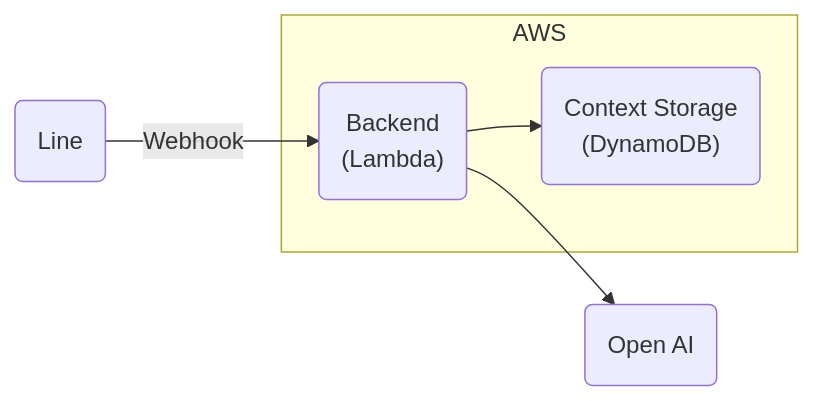
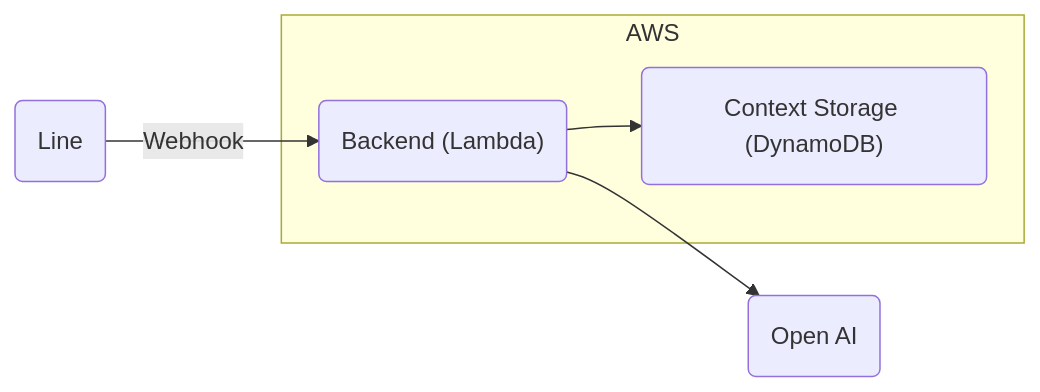
The diagram in README.md (YushiOMOTE/buddy), drawn with Mermaid before and after one commit. The commit also changed other lines of this file, not shown here.

Commit message:
Revise readme

````diff
--- a/README.md
+++ b/README.md
@@ -7,8 +7,8 @@
 ``` mermaid
 graph LR
     Line(Line) -->|Webhook| Backend
     subgraph AWS
-        Backend("Backend\n(Lambda)") --> Storage("Context Storage\n(DynamoDB)")
+        Backend("Backend (Lambda)") --> Storage("Context Storage (DynamoDB)")
     end
     Backend --> OpenAI("Open AI")
 ```
````
